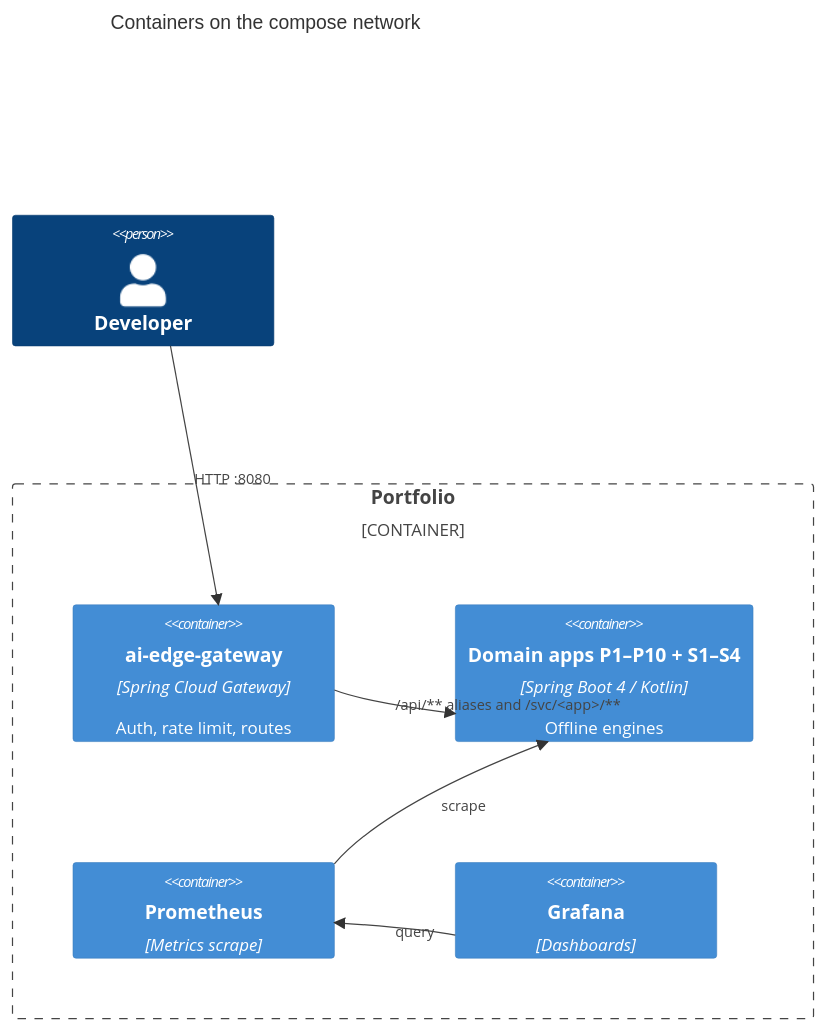
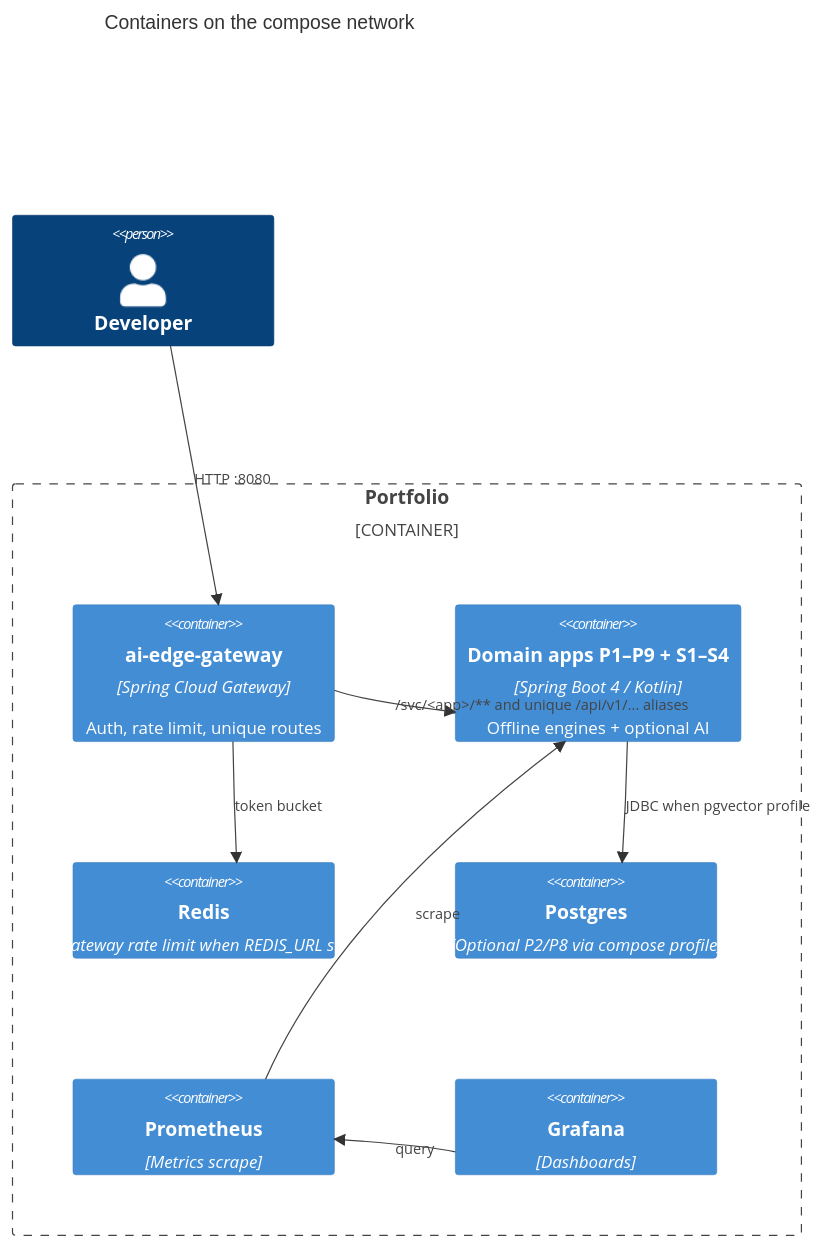
Before and after one commit to mlvpatel/spring-agentic-ai-portfolio: the second of 2 diagrams in README.md, drawn with Mermaid. The commit also changed other lines of this file and 81 other files, not shown here.

First line of the commit message:
Close production-audit gaps: Spring AI client, unique gateway routes, Redis rate limit.

````diff
--- a/README.md
+++ b/README.md
@@ -26,15 +26,19 @@
 ```mermaid
 C4Container
   title Containers on the compose network
   Person(dev, "Developer")
   Container_Boundary(b, "Portfolio") {
-    Container(gw, "ai-edge-gateway", "Spring Cloud Gateway", "Auth, rate limit, routes")
-    Container(apps, "Domain apps P1–P10 + S1–S4", "Spring Boot 4 / Kotlin", "Offline engines")
+    Container(gw, "ai-edge-gateway", "Spring Cloud Gateway", "Auth, rate limit, unique routes")
+    Container(apps, "Domain apps P1–P9 + S1–S4", "Spring Boot 4 / Kotlin", "Offline engines + optional AI")
+    Container(redis, "Redis", "Gateway rate limit when REDIS_URL set")
+    Container(pg, "Postgres", "Optional P2/P8 via compose profile")
     Container(prom, "Prometheus", "Metrics scrape")
     Container(graf, "Grafana", "Dashboards")
   }
   Rel(dev, gw, "HTTP :8080")
-  Rel(gw, apps, "/api/** aliases and /svc/<app>/**")
+  Rel(gw, apps, "/svc/<app>/** and unique /api/v1/... aliases")
+  Rel(gw, redis, "token bucket")
+  Rel(apps, pg, "JDBC when pgvector profile")
   Rel(prom, apps, "scrape")
   Rel(graf, prom, "query")
 ```
````
